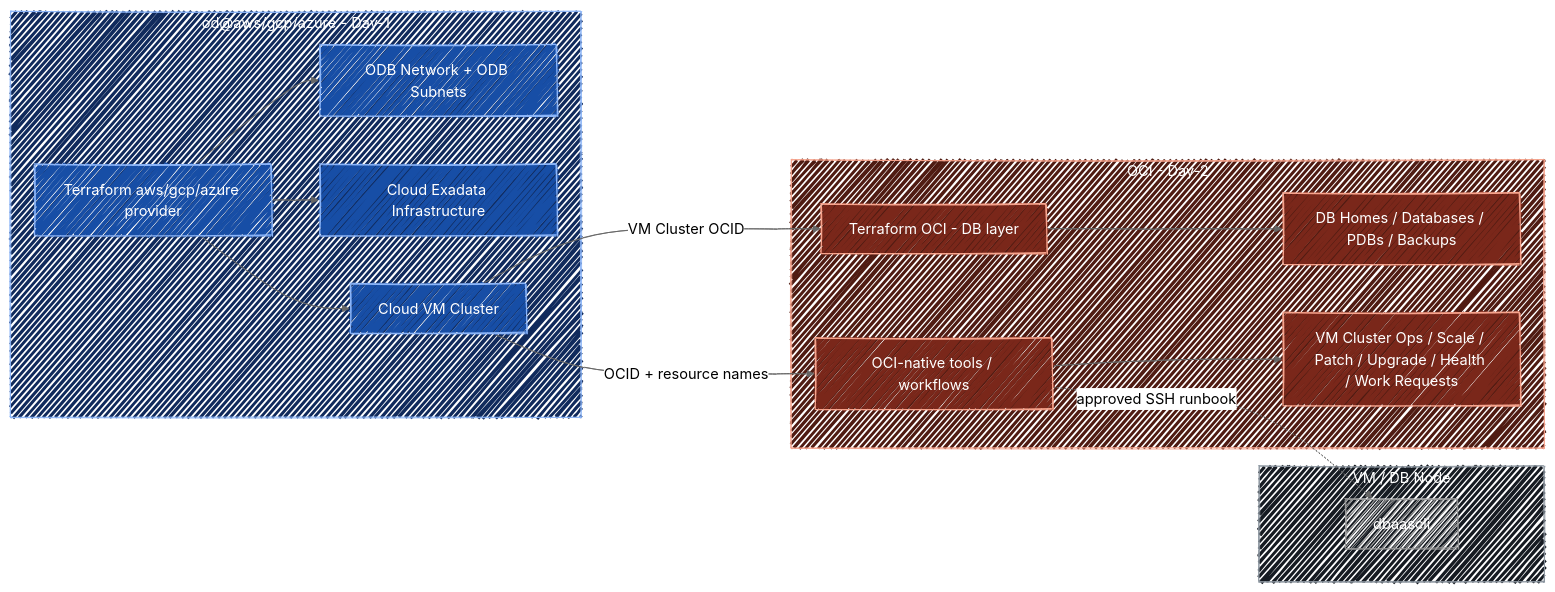
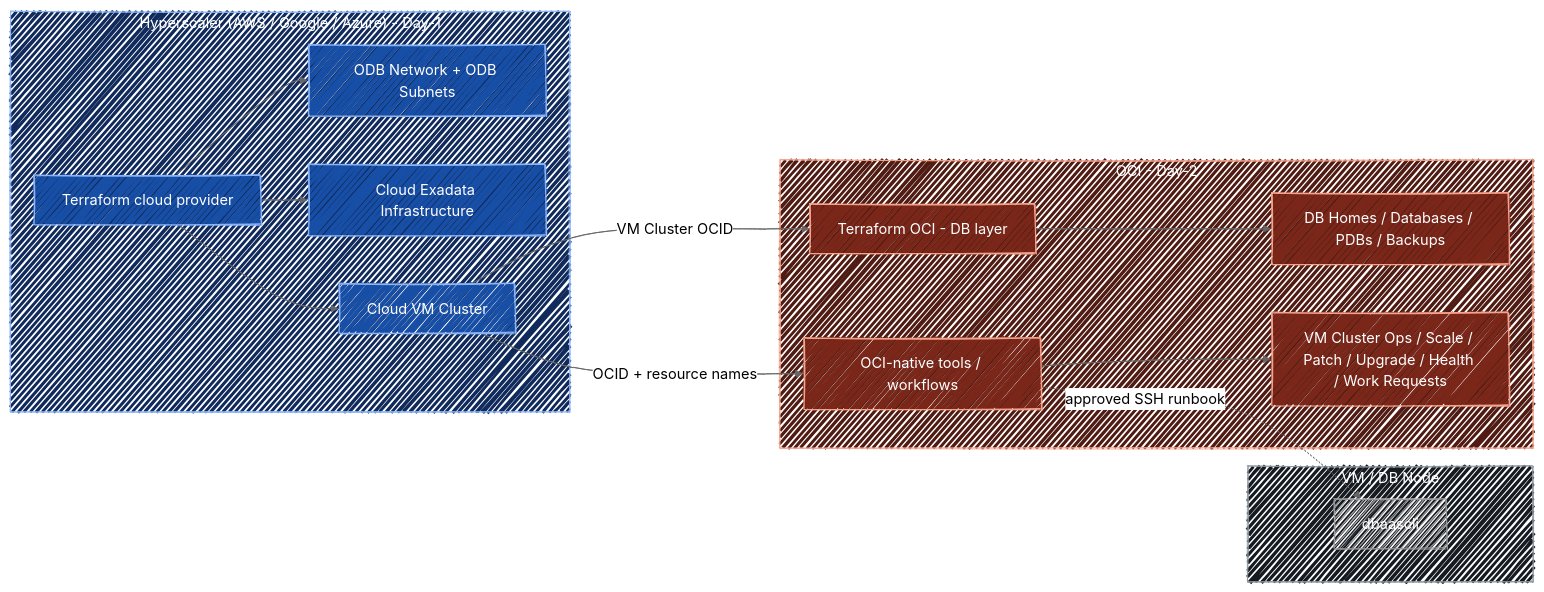
One commit to oci-clickops/oci-terraform-multicloud-gcp changed the diagram in docs/day-1-day-2-control-plane-model.md. Above: the diagram before and after it, drawn with Mermaid. The commit also changed other lines of this file, not shown here.

First line of the commit message:
docs: make day-1/day-2 control plane model provider-agnostic

````diff
--- a/docs/day-1-day-2-control-plane-model.md
+++ b/docs/day-1-day-2-control-plane-model.md
@@ -39,47 +39,47 @@
 ```mermaid
 ---
 config:
   look: handDrawn
   theme: neutral
   handDrawnSeed: 7
 ---
 flowchart LR
-  subgraph GCP["od@aws/gcp/azure - Day-1"]
-    GTF["Terraform aws/gcp/azure provider"]
+  subgraph CLOUD["Hyperscaler (AWS / Google / Azure) - Day-1"]
+    CTF["Terraform cloud provider"]
     ODB["ODB Network + ODB Subnets"]
     EXA["Cloud Exadata Infrastructure"]
     VM["Cloud VM Cluster"]
   end
 
   subgraph OCI["OCI - Day-2"]
     OCIAPI["OCI-native tools / workflows"]
     OCITF["Terraform OCI - DB layer"]
     DB["DB Homes / Databases / PDBs / Backups"]
     OPS["VM Cluster Ops / Scale / Patch / Upgrade / Health / Work Requests"]
   end
 
   subgraph NODE["VM / DB Node"]
     DBAAS["dbaascli"]
   end
 
-  GTF --> ODB
-  GTF --> EXA
-  GTF --> VM
+  CTF --> ODB
+  CTF --> EXA
+  CTF --> VM
   VM -->|"OCID + resource names"| OCIAPI
   VM -->|"VM Cluster OCID"| OCITF
   OCIAPI --> OPS
   OCITF --> DB
   OCIAPI -. "approved SSH runbook" .-> DBAAS
 
-  classDef google fill:#174ea6,stroke:#8ab4f8,color:#ffffff
+  classDef cloud fill:#174ea6,stroke:#8ab4f8,color:#ffffff
   classDef oci fill:#7a271a,stroke:#f6a28b,color:#ffffff
   classDef node fill:#30363d,stroke:#8b949e,color:#ffffff
 
-  class GTF,ODB,EXA,VM google
+  class CTF,ODB,EXA,VM cloud
   class OCIAPI,OCITF,DB,OPS oci
   class DBAAS node
 
-  style GCP fill:#102a5c,stroke:#8ab4f8,stroke-width:1px,color:#ffffff
+  style CLOUD fill:#102a5c,stroke:#8ab4f8,stroke-width:1px,color:#ffffff
   style OCI fill:#4f1b12,stroke:#f6a28b,stroke-width:1px,color:#ffffff
   style NODE fill:#161b22,stroke:#8b949e,stroke-width:1px,color:#ffffff
 ```
````
